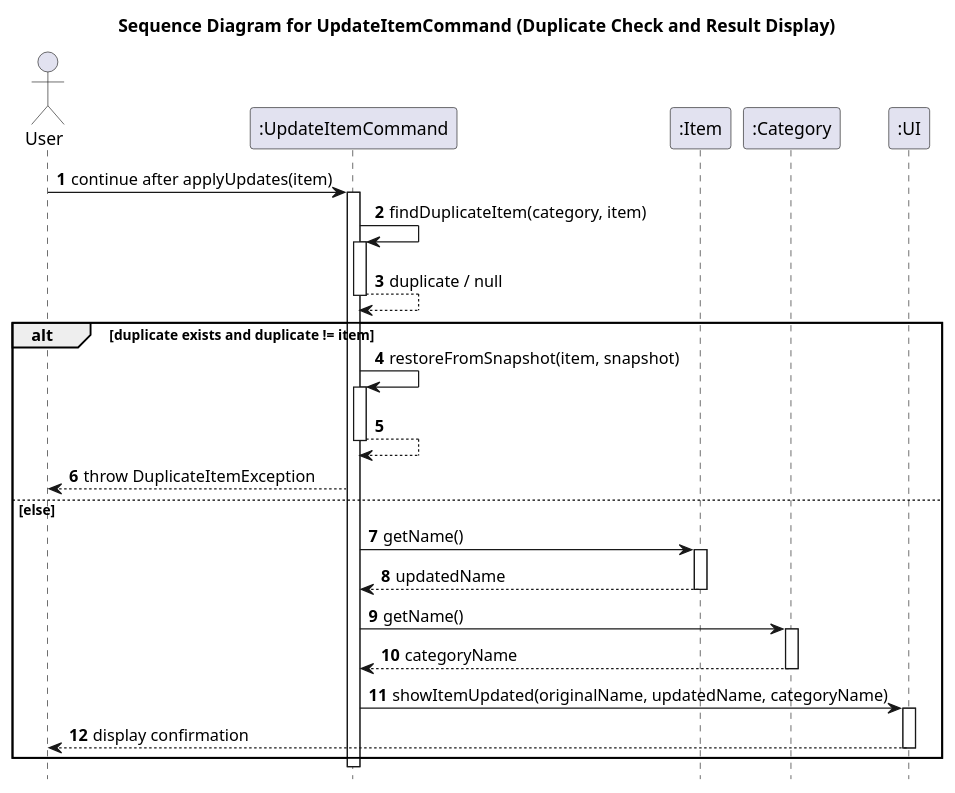
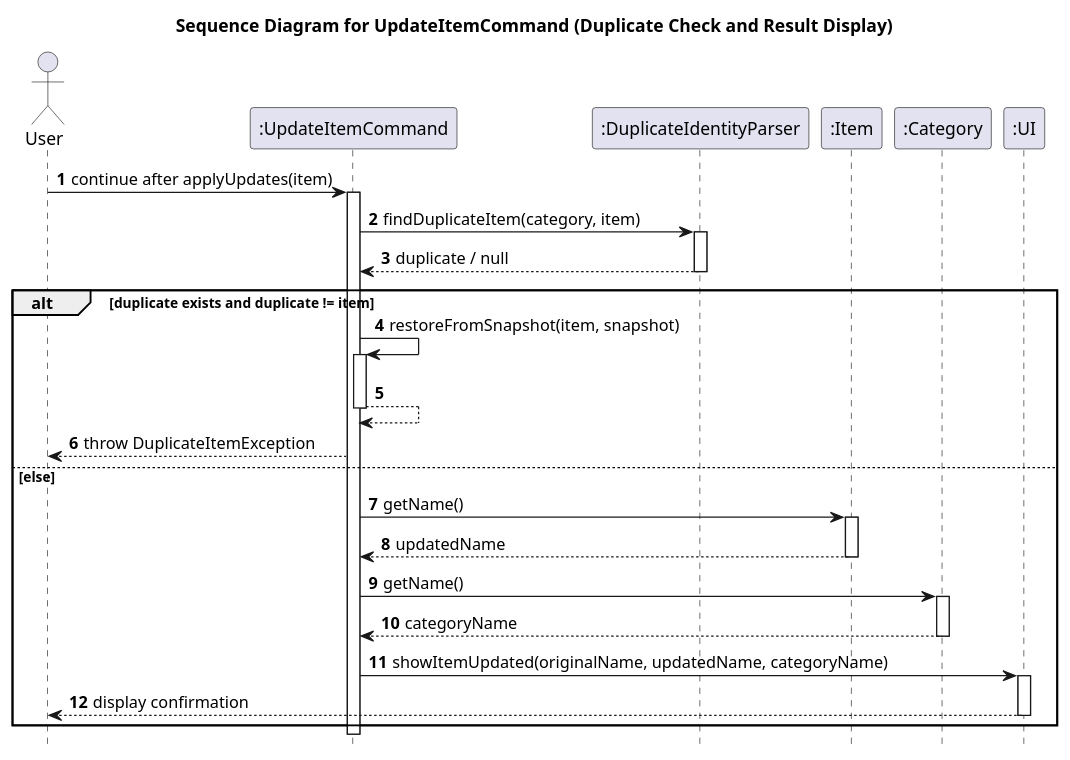
One commit to KOIiiii07/tp changed the diagram in docs/diagrams/sequence/UpdateItemCommandDuplicateCheckFlow.puml. Above: the diagram before and after it, drawn with PlantUML. The commit also changed 12 other files, not shown here.

Commit message:
Fix diagrams for the refactor

```diff
--- a/docs/diagrams/sequence/UpdateItemCommandDuplicateCheckFlow.puml
+++ b/docs/diagrams/sequence/UpdateItemCommandDuplicateCheckFlow.puml
@@ -1,46 +1,47 @@
 @startuml
 title Sequence Diagram for UpdateItemCommand (Duplicate Check and Result Display)
 
 autonumber
 hide footbox
 
 actor User
 participant ":UpdateItemCommand" as UpdateItemCommand
+participant ":DuplicateIdentityParser" as DuplicateIdentityParser
 participant ":Item" as Item
 participant ":Category" as Category
 participant ":UI" as UI
 
 User -> UpdateItemCommand: continue after applyUpdates(item)
 activate UpdateItemCommand
 
-UpdateItemCommand -> UpdateItemCommand: findDuplicateItem(category, item)
-activate UpdateItemCommand
-UpdateItemCommand --> UpdateItemCommand: duplicate / null
-deactivate UpdateItemCommand
+UpdateItemCommand -> DuplicateIdentityParser: findDuplicateItem(category, item)
+activate DuplicateIdentityParser
+DuplicateIdentityParser --> UpdateItemCommand: duplicate / null
+deactivate DuplicateIdentityParser
 
 alt duplicate exists and duplicate != item
     UpdateItemCommand -> UpdateItemCommand: restoreFromSnapshot(item, snapshot)
     activate UpdateItemCommand
     UpdateItemCommand --> UpdateItemCommand
     deactivate UpdateItemCommand
 
     UpdateItemCommand --> User: throw DuplicateItemException
 else else
     UpdateItemCommand -> Item: getName()
     activate Item
     Item --> UpdateItemCommand: updatedName
     deactivate Item
 
     UpdateItemCommand -> Category: getName()
     activate Category
     Category --> UpdateItemCommand: categoryName
     deactivate Category
 
     UpdateItemCommand -> UI: showItemUpdated(originalName, updatedName, categoryName)
     activate UI
     UI --> User: display confirmation
     deactivate UI
 end
 
 deactivate UpdateItemCommand
 @enduml
```
